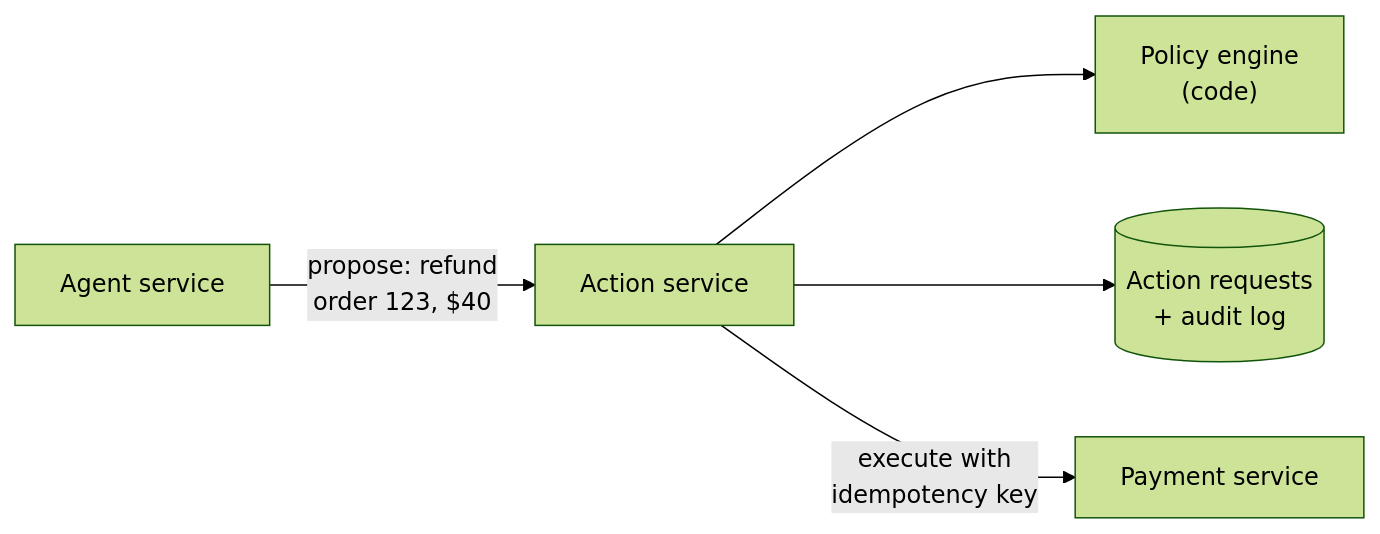
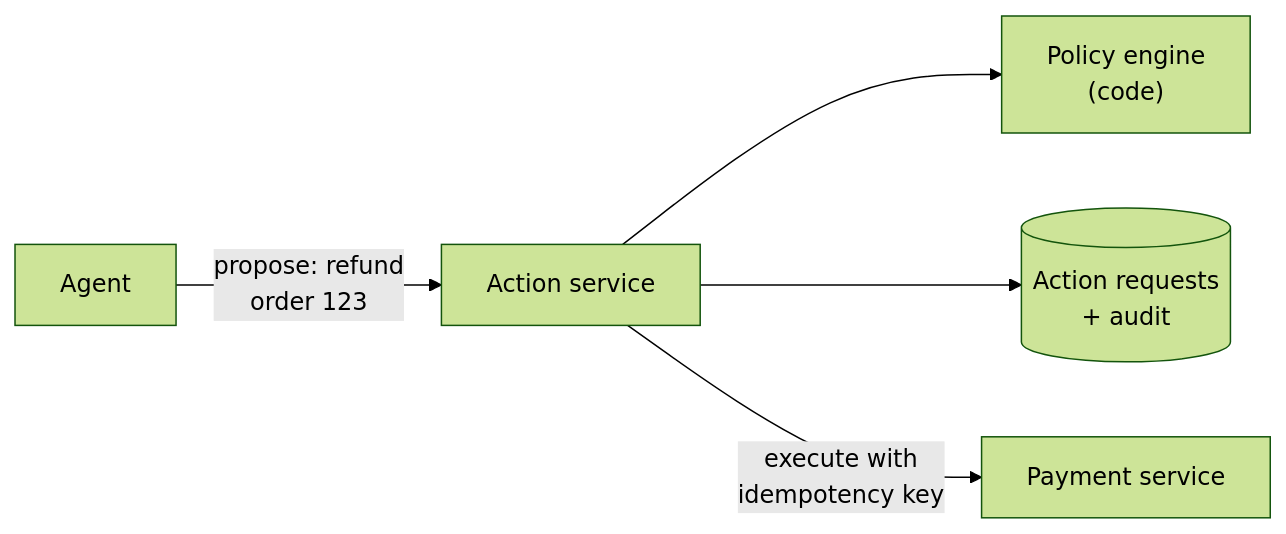
One commit to shubamchaudhary/CodeNITW changed the second of 3 diagrams in src/Data/aiStackDocs/DP-02.md. Above: the diagram before and after it, drawn with Mermaid (forest theme). The commit also changed other lines of this file and 15 other files, not shown here.

````diff
--- a/src/Data/aiStackDocs/DP-02.md
+++ b/src/Data/aiStackDocs/DP-02.md
@@ -87,7 +78,7 @@
 ```mermaid
 flowchart LR
-    AG["Agent service"] -->|"propose: refund<br/>order 123, $40"| AS["Action service"]
+    AG["Agent"] -->|"propose: refund<br/>order 123"| AS["Action service"]
     AS --> PE["Policy engine<br/>(code)"]
-    AS --> DB[("Action requests<br/>+ audit log")]
+    AS --> DB[("Action requests<br/>+ audit")]
     AS -->|"execute with<br/>idempotency key"| PAY["Payment service"]
 ```
````
